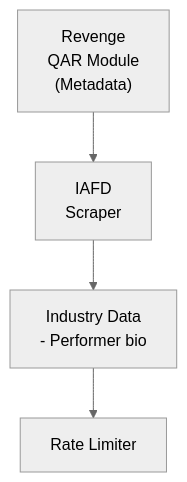
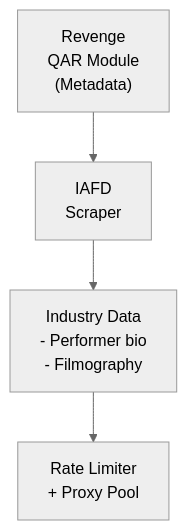
The diagram in docs/dev/design/integrations/wiki/adult/IAFD.md (lusoris/revenge), drawn with Mermaid (neutral theme) before and after one commit. The commit also changed 208 other files, not shown here.

First line of the commit message:
feat(docs): Improve ASCII to Mermaid converter with proper box extraction

````diff
--- a/docs/dev/design/integrations/wiki/adult/IAFD.md
+++ b/docs/dev/design/integrations/wiki/adult/IAFD.md
@@ -57,10 +57,10 @@
 ```mermaid
 flowchart TD
     node1["Revenge<br/>QAR Module<br/>(Metadata)"]
     node2["IAFD<br/>Scraper"]
-    node3["Industry Data<br/>- Performer bio"]
-    node4["Rate Limiter"]
+    node3["Industry Data<br/>- Performer bio<br/>- Filmography"]
+    node4["Rate Limiter<br/>+ Proxy Pool"]
     node2 --> node3
     node1 --> node2
     node3 --> node4
 ```
````
